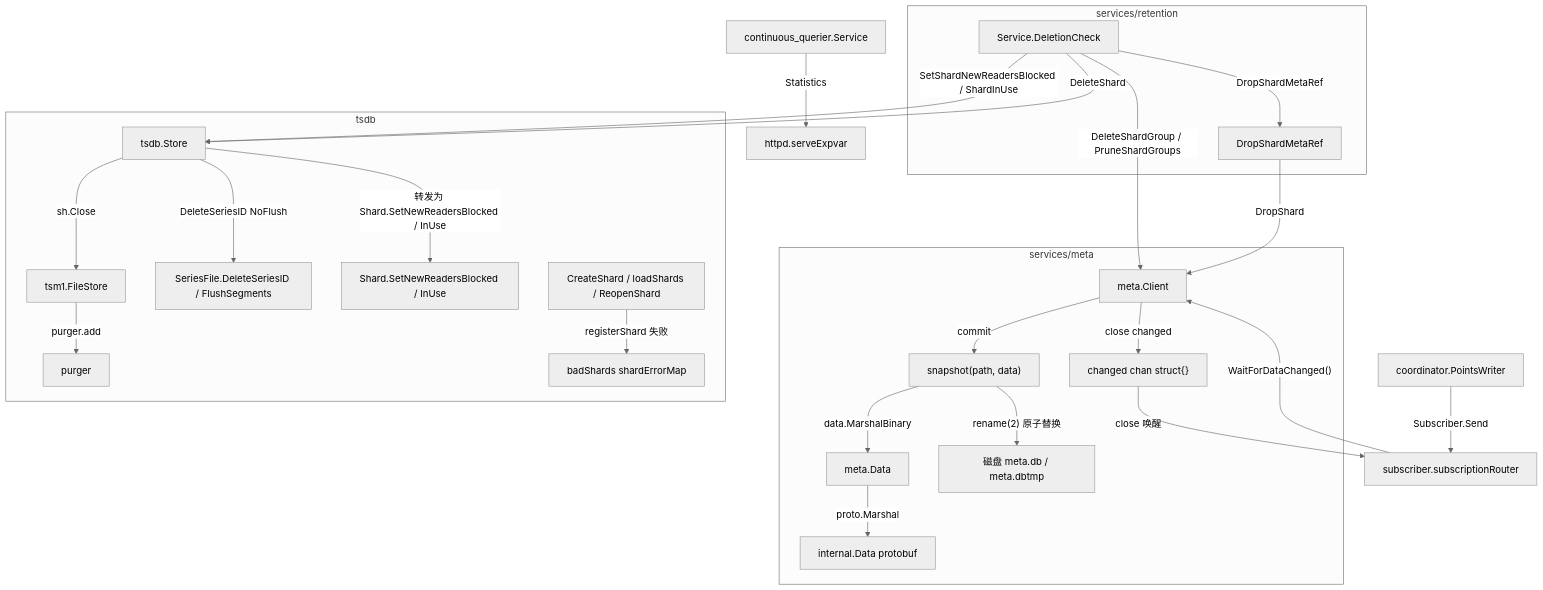
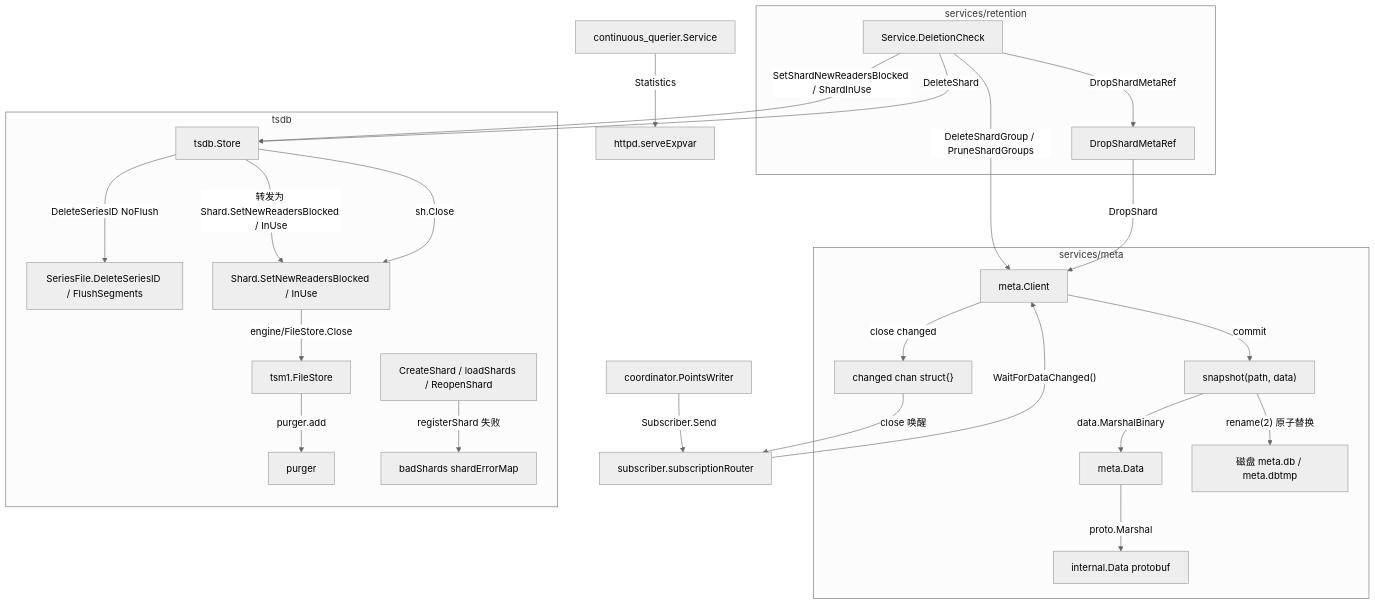
Before and after one commit to stefanv5/influxdb: the first of 2 diagrams in docs/specs/v1.8.10-vs-v1.12.3/05_meta_background_diff.md, drawn with Mermaid (neutral theme). The commit also changed other lines of this file and 12 other files, not shown here.

````diff
--- a/docs/specs/v1.8.10-vs-v1.12.3/05_meta_background_diff.md
+++ b/docs/specs/v1.8.10-vs-v1.12.3/05_meta_background_diff.md
@@ -45,48 +45,49 @@
 ```mermaid
 flowchart TB
     subgraph META["services/meta"]
         MC["meta.Client"]
         MD["meta.Data"]
         SNAP["snapshot(path, data)"]
         PB["internal.Data protobuf"]
         DISK["磁盘 meta.db / meta.dbtmp"]
         CH["changed chan struct{}"]
     end
     subgraph RET["services/retention"]
         DC["Service.DeletionCheck"]
         DSM["DropShardMetaRef"]
     end
     subgraph TSDB["tsdb"]
         ST["tsdb.Store"]
         CS["CreateShard / loadShards / ReopenShard"]
         SF["SeriesFile.DeleteSeriesID / FlushSegments"]
         SH["Shard.SetNewReadersBlocked / InUse"]
         FS["tsm1.FileStore"]
         PG["purger"]
         BS["badShards shardErrorMap"]
     end
     SUB["subscriber.subscriptionRouter"]
     WR["coordinator.PointsWriter"]
     CQ["continuous_querier.Service"]
     HW["httpd.serveExpvar"]
 
     MC -->|"commit"| SNAP
     SNAP -->|"data.MarshalBinary"| MD
     MD -->|"proto.Marshal"| PB
     SNAP -->|"rename(2) 原子替换"| DISK
     MC -->|"close changed"| CH
     SUB -->|"WaitForDataChanged()"| MC
     CH -->|"close 唤醒"| SUB
     DC -->|"DeleteShardGroup / PruneShardGroups"| MC
     DC -->|"SetShardNewReadersBlocked / ShardInUse"| ST
     ST -->|"转发为 Shard.SetNewReadersBlocked / InUse"| SH
     DC -->|"DeleteShard"| ST
     DC -->|"DropShardMetaRef"| DSM
     DSM -->|"DropShard"| MC
     ST -->|"DeleteSeriesID NoFlush"| SF
-    ST -->|"sh.Close"| FS
+    ST -->|"sh.Close"| SH
+    SH -->|"engine/FileStore.Close"| FS
     FS -->|"purger.add"| PG
     CS -->|"registerShard 失败"| BS
     WR -->|"Subscriber.Send"| SUB
     CQ -->|"Statistics"| HW
 ```
````
